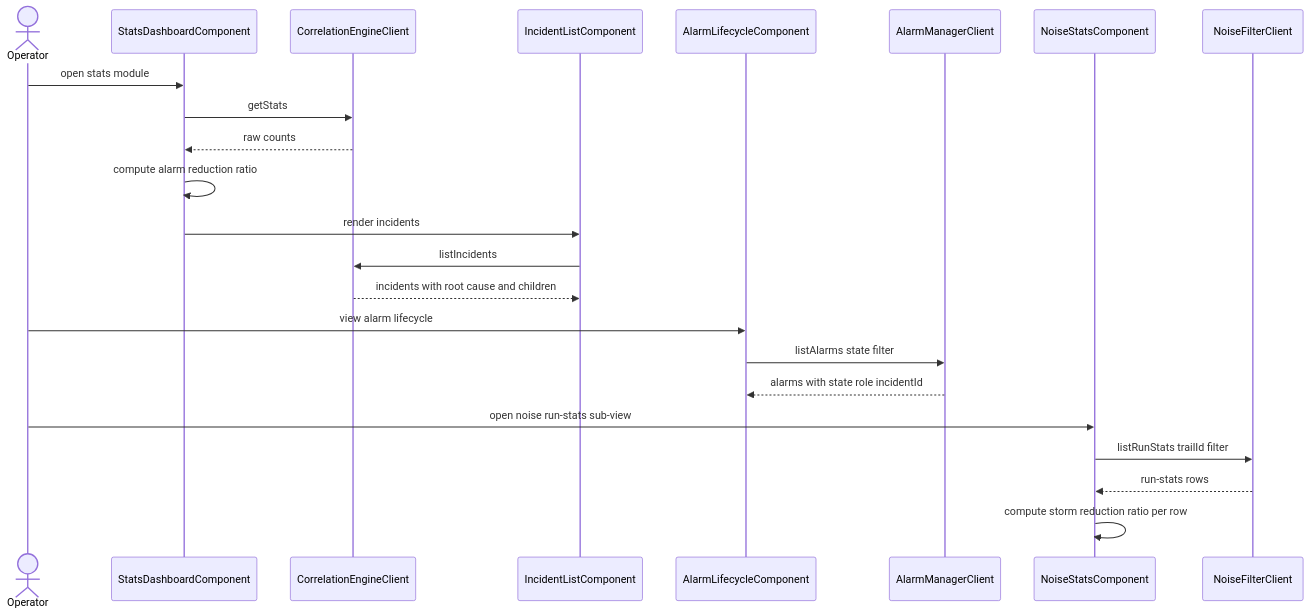
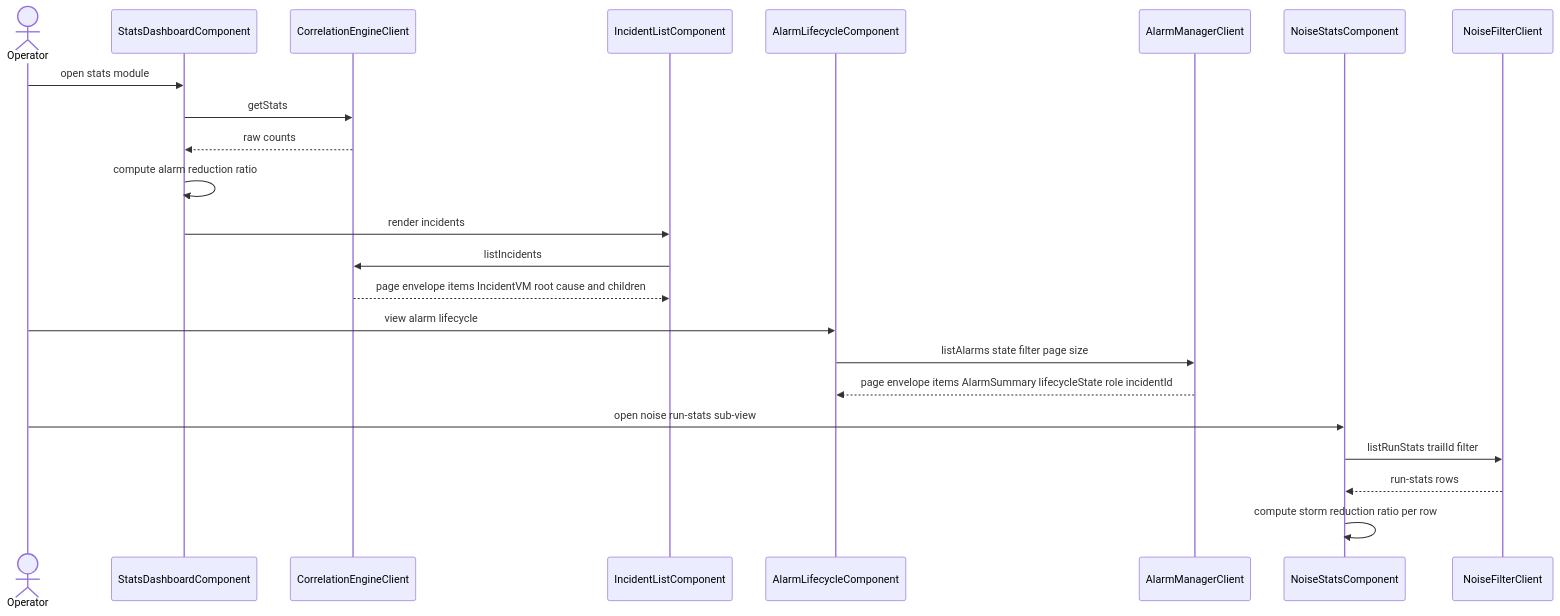
Diagram 11 of 13 in services/web-ui/design.md (nikhilmohan/correlation-platform), drawn with Mermaid before and after one commit. The commit also changed other lines of this file, not shown here.

````diff
--- a/services/web-ui/design.md
+++ b/services/web-ui/design.md
@@ -656,25 +880,25 @@
 ```mermaid
 sequenceDiagram
   actor Operator
   participant Dash as StatsDashboardComponent
   participant CEC as CorrelationEngineClient
   participant Inc as IncidentListComponent
   participant ALC as AlarmLifecycleComponent
   participant AMC as AlarmManagerClient
   participant NS as NoiseStatsComponent
   participant NFC as NoiseFilterClient
   Operator->>Dash: open stats module
   Dash->>CEC: getStats
   CEC-->>Dash: raw counts
   Dash->>Dash: compute alarm reduction ratio
   Dash->>Inc: render incidents
   Inc->>CEC: listIncidents
-  CEC-->>Inc: incidents with root cause and children
+  CEC-->>Inc: page envelope items IncidentVM root cause and children
   Operator->>ALC: view alarm lifecycle
-  ALC->>AMC: listAlarms state filter
-  AMC-->>ALC: alarms with state role incidentId
+  ALC->>AMC: listAlarms state filter page size
+  AMC-->>ALC: page envelope items AlarmSummary lifecycleState role incidentId
   Operator->>NS: open noise run-stats sub-view
   NS->>NFC: listRunStats trailId filter
   NFC-->>NS: run-stats rows
   NS->>NS: compute storm reduction ratio per row
 ```
````
